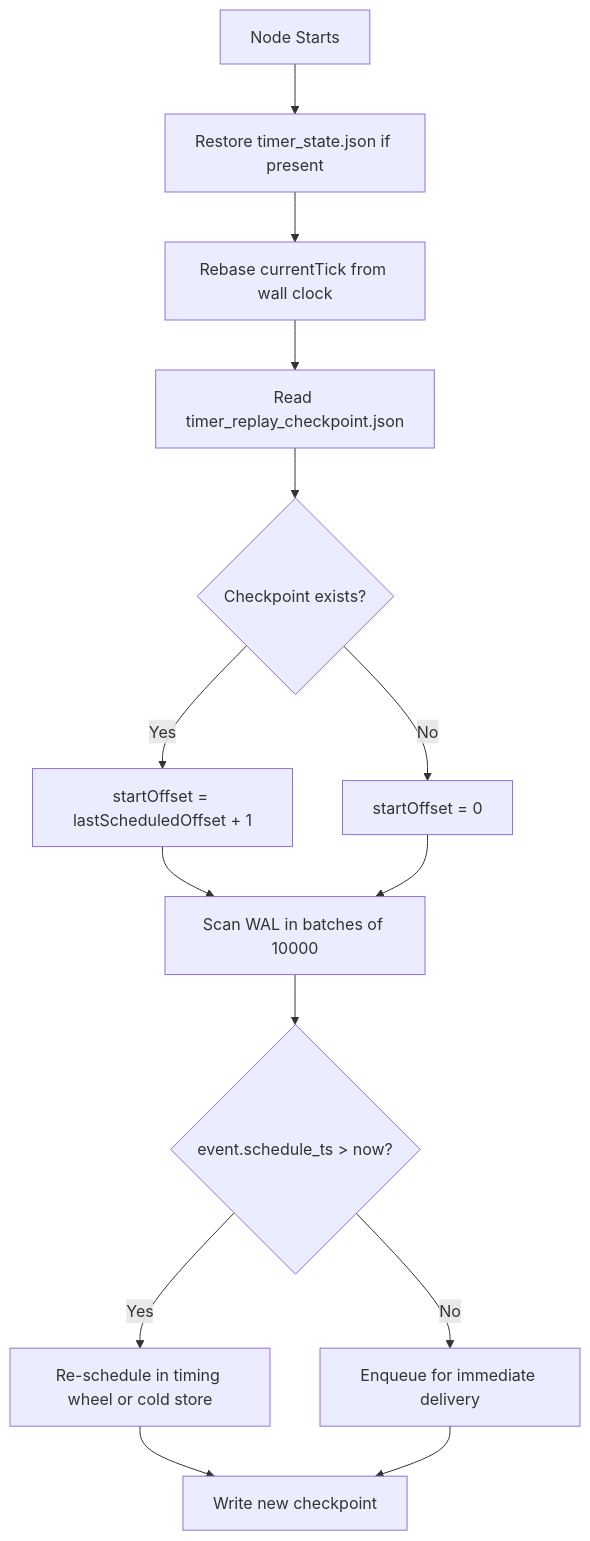
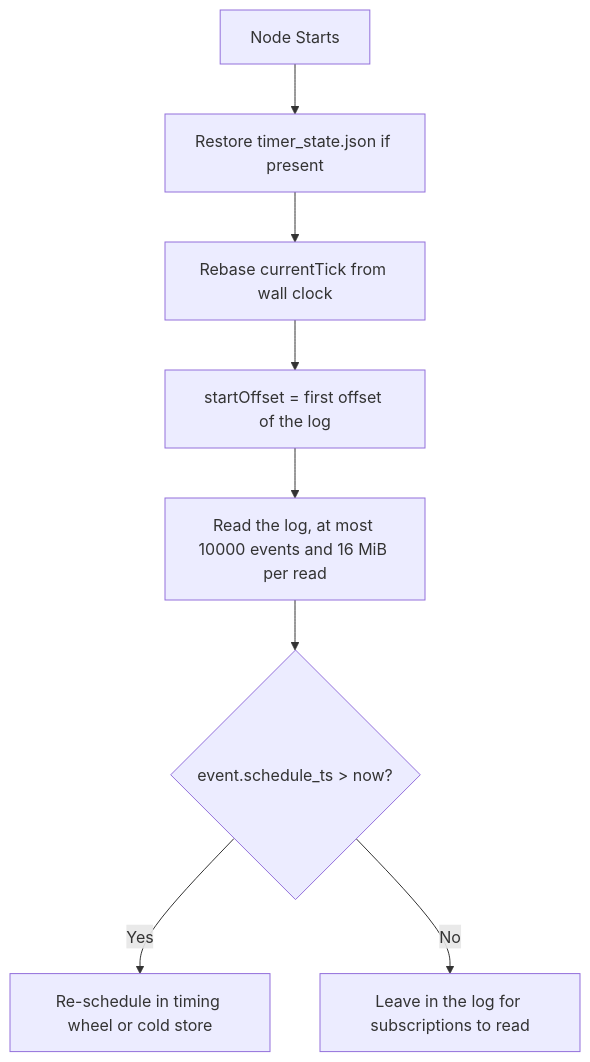
One commit to jatin711-debug/cronos_db_golang changed diagram 15 of 47 in ARCHITECTURE.md. Above: the diagram before and after it, drawn with Mermaid. The commit also changed other lines of this file and 31 other files, not shown here.

````diff
--- a/ARCHITECTURE.md
+++ b/ARCHITECTURE.md
@@ -541,16 +585,10 @@
 ```mermaid
 flowchart TD
     A[Node Starts] --> B[Restore timer_state.json if present]
     B --> C[Rebase currentTick from wall clock]
-    C --> D[Read timer_replay_checkpoint.json]
-    D --> E{Checkpoint exists?}
-    E -->|Yes| F[startOffset = lastScheduledOffset + 1]
-    E -->|No| F2[startOffset = 0]
-    F --> G[Scan WAL in batches of 10000]
-    F2 --> G
+    C --> D[startOffset = first offset of the log]
+    D --> G[Read the log, at most 10000 events and 16 MiB per read]
     G --> H{event.schedule_ts > now?}
     H -->|Yes| I[Re-schedule in timing wheel or cold store]
-    H -->|No| J[Enqueue for immediate delivery]
-    I --> K[Write new checkpoint]
-    J --> K
+    H -->|No| J[Leave in the log for subscriptions to read]
 ```
````
